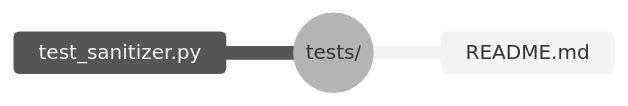
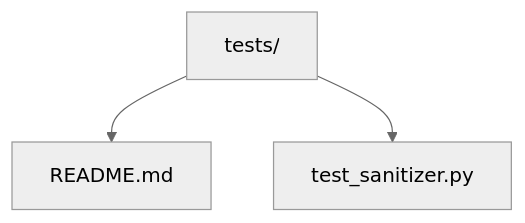
One commit to Runndownn/Omniforge changed the tenth of 14 diagrams in docs/Inventory/Omniforge-Inventory.md. Above: the diagram before and after it, drawn with Mermaid (neutral theme). The commit also changed other lines of this file and 5 other files, not shown here.

````diff
--- a/docs/Inventory/Omniforge-Inventory.md
+++ b/docs/Inventory/Omniforge-Inventory.md
@@ -334,6 +329,5 @@
 ```mermaid
-mindmap
-    root((tests/))
-        README.md
-        test_sanitizer.py
+flowchart TD
+    TESTS[tests/] --> TESTS_README[README.md]
+    TESTS --> TESTS_SAN[test_sanitizer.py]
 ```
````
